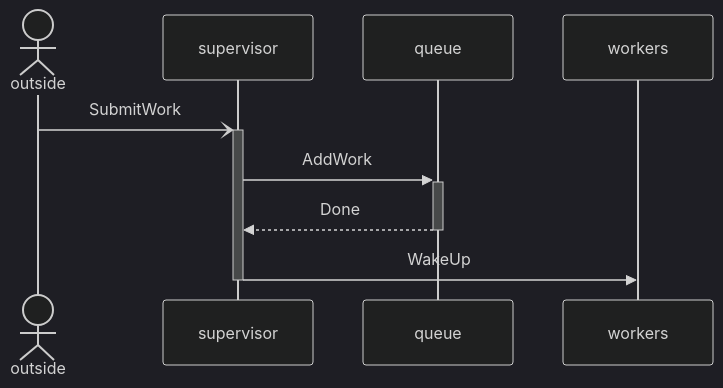
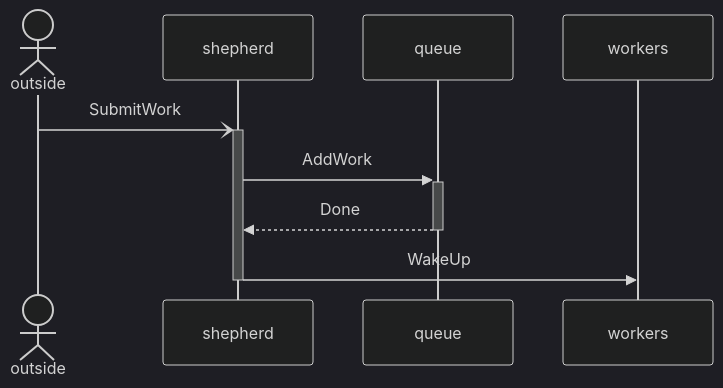
One commit to popiel/worker-pool changed the third of 7 diagrams in README.md. Above: the diagram before and after it, drawn with Mermaid (dark theme). The commit also changed other lines of this file, not shown here.

Commit message:
Rename supervisor to shepherd to highlight added responsibility

````diff
--- a/README.md
+++ b/README.md
@@ -76,8 +76,8 @@
 ```mermaid
 sequenceDiagram
 actor outside
-outside -)+ supervisor: SubmitWork
-supervisor ->>+ queue: AddWork
-queue -->>- supervisor: Done
-supervisor ->>- workers: WakeUp
+outside -)+ shepherd: SubmitWork
+shepherd ->>+ queue: AddWork
+queue -->>- shepherd: Done
+shepherd ->>- workers: WakeUp
 ```
````
